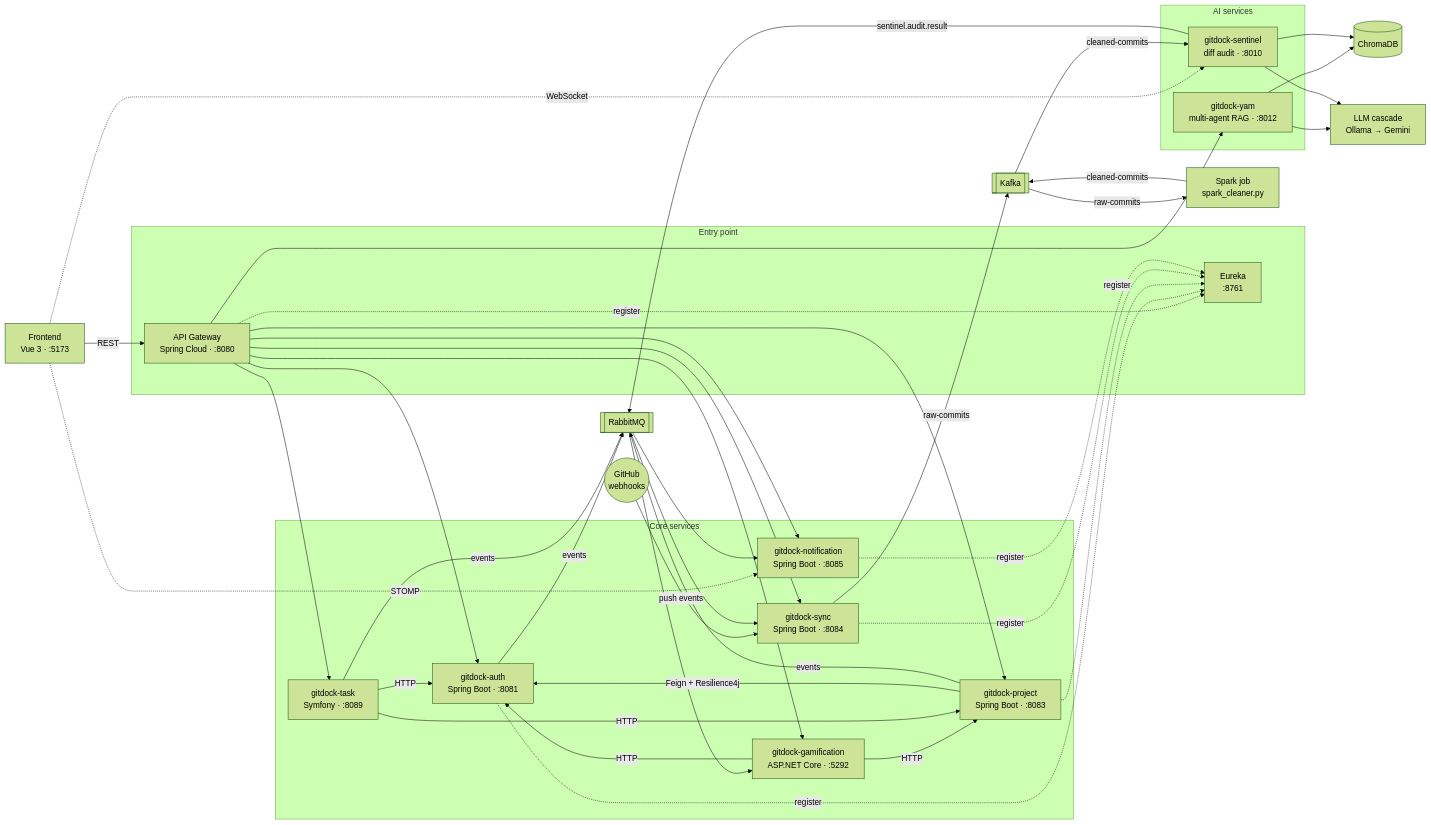
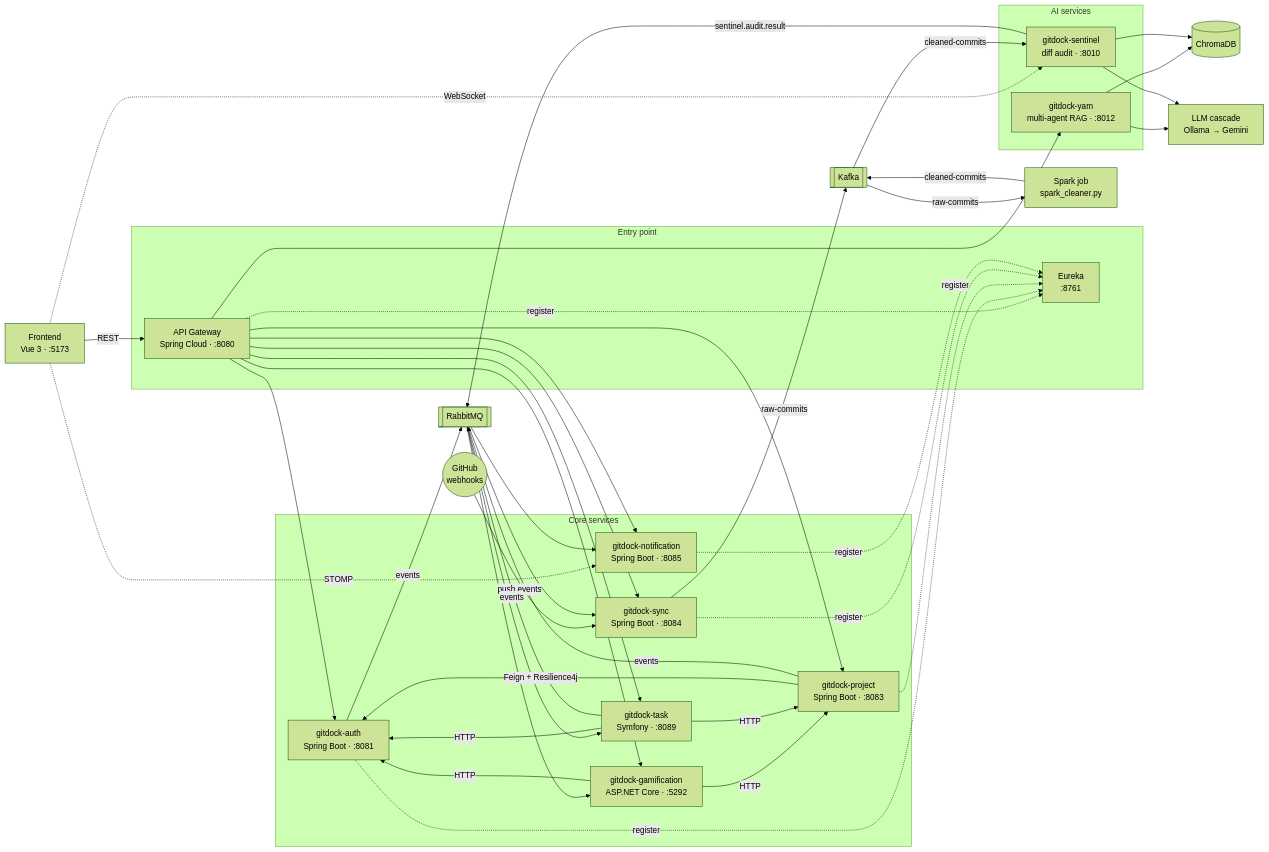
Before and after one commit to NABIHAyman/gitdock-platform: the diagram in README.md, drawn with Mermaid (forest theme). The commit also changed other lines of this file, not shown here.

````diff
--- a/README.md
+++ b/README.md
@@ -124,52 +124,52 @@
 ```mermaid
 flowchart LR
     FE["Frontend<br/>Vue 3 · :5173"]
     GH(("GitHub<br/>webhooks"))
 
     subgraph entry["Entry point"]
         GW["API Gateway<br/>Spring Cloud · :8080"]
         EU["Eureka<br/>:8761"]
     end
 
     subgraph core["Core services"]
         AUTH["gitdock-auth<br/>Spring Boot · :8081"]
         PROJ["gitdock-project<br/>Spring Boot · :8083"]
         SYNC["gitdock-sync<br/>Spring Boot · :8084"]
         NOTIF["gitdock-notification<br/>Spring Boot · :8085"]
         TASK["gitdock-task<br/>Symfony · :8089"]
         GAME["gitdock-gamification<br/>ASP.NET Core · :5292"]
     end
 
     subgraph ai["AI services"]
         YAM["gitdock-yam<br/>multi-agent RAG · :8012"]
         SENT["gitdock-sentinel<br/>diff audit · :8010"]
     end
 
     RMQ[["RabbitMQ"]]
     KAFKA[["Kafka"]]
     SPARK["Spark job<br/>spark_cleaner.py"]
     CHROMA[("ChromaDB")]
     LLM["LLM cascade<br/>Ollama → Gemini"]
 
     FE -->|REST| GW
     FE -.->|STOMP| NOTIF
     FE -.->|WebSocket| SENT
     GW --> AUTH & PROJ & SYNC & NOTIF & TASK & GAME & YAM
     GW & AUTH & PROJ & SYNC & NOTIF -.->|register| EU
     PROJ -->|Feign + Resilience4j| AUTH
     GAME -->|HTTP| AUTH & PROJ
     TASK -->|HTTP| AUTH & PROJ
 
     GH -->|push events| SYNC
     SYNC -->|raw-commits| KAFKA
     KAFKA -->|raw-commits| SPARK
     SPARK -->|cleaned-commits| KAFKA
     KAFKA -->|cleaned-commits| SENT
 
     AUTH & PROJ & TASK -->|events| RMQ
     SENT -->|sentinel.audit.result| RMQ
-    RMQ --> NOTIF & GAME & SYNC
+    RMQ --> NOTIF & GAME & SYNC & TASK
 
     YAM & SENT --> CHROMA
     YAM & SENT --> LLM
 ```
````
